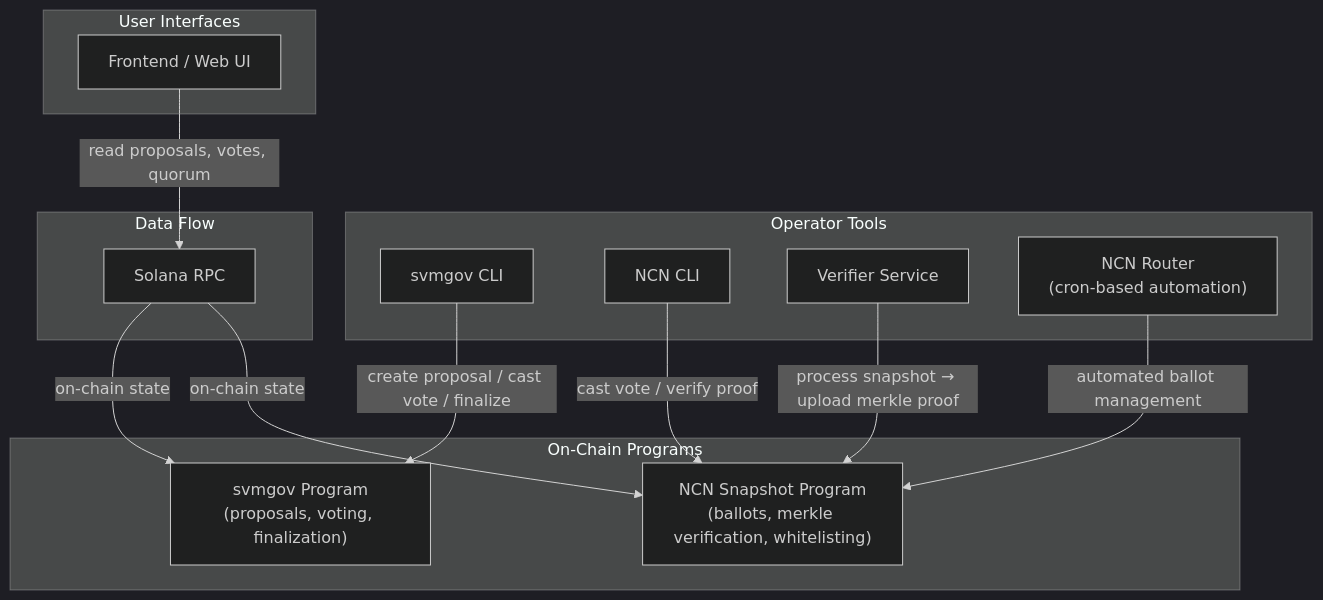
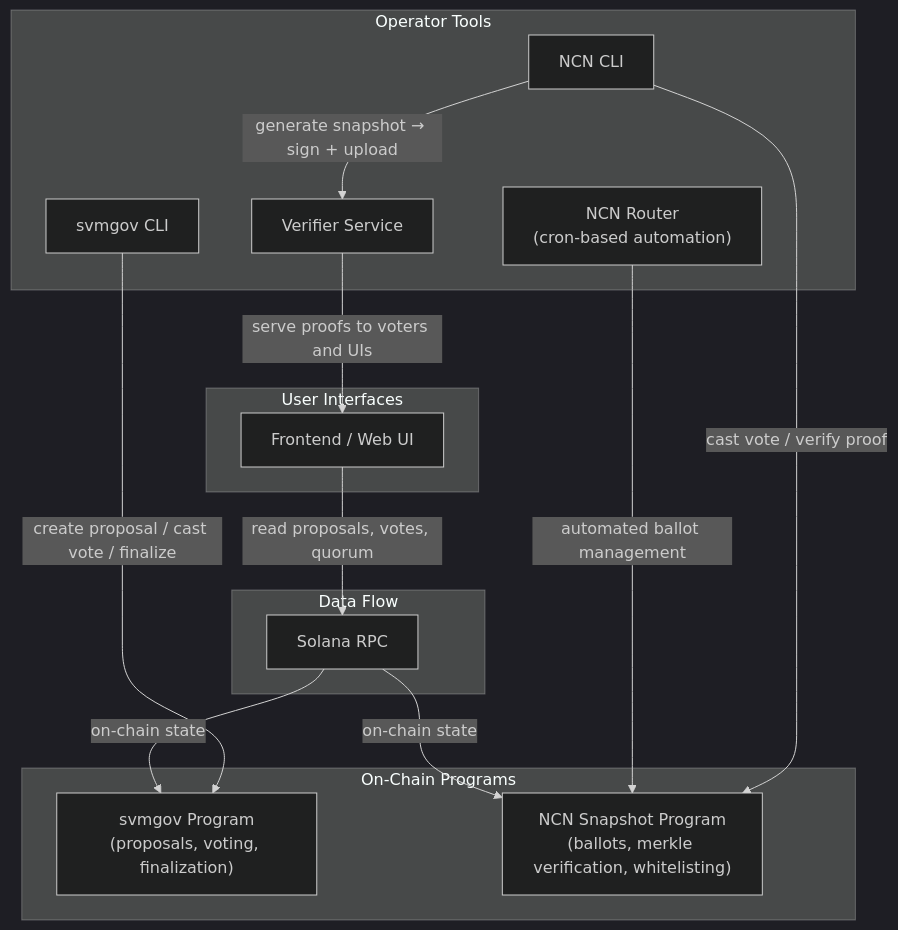
The diagram in ARCHITECTURE.md (solana-foundation/solana-governance), drawn with Mermaid (dark theme) before and after one commit. The commit also changed other lines of this file, not shown here.

Commit message:
docs: correct NCN data flow — operators publish the root, verifier serves proofs off-chain

````diff
--- a/ARCHITECTURE.md
+++ b/ARCHITECTURE.md
@@ -7,33 +7,34 @@
 ```mermaid
 graph TB
     subgraph "On-Chain Programs"
         SVMGOV["svmgov Program
 (proposals, voting, finalization)"]
         NCN["NCN Snapshot Program
 (ballots, merkle verification, whitelisting)"]
     end
 
     subgraph "Operator Tools"
         SVMCLI["svmgov CLI"]
         NCNCLI["NCN CLI"]
         VS["Verifier Service"]
         ROUTER["NCN Router
 (cron-based automation)"]
     end
 
     subgraph "User Interfaces"
         FE["Frontend / Web UI"]
     end
 
     subgraph "Data Flow"
         RPC["Solana RPC"]
     end
 
     SVMCLI -->|"create proposal / cast vote / finalize"| SVMGOV
     NCNCLI -->|"cast vote / verify proof"| NCN
-    VS -->|"process snapshot → upload merkle proof"| NCN
+    NCNCLI -->|"generate snapshot → sign + upload"| VS
+    VS -->|"serve proofs to voters and UIs"| FE
     ROUTER -->|"automated ballot management"| NCN
     FE -->|"read proposals, votes, quorum"| RPC
     RPC -->|"on-chain state"| SVMGOV
     RPC -->|"on-chain state"| NCN
 ```
````
